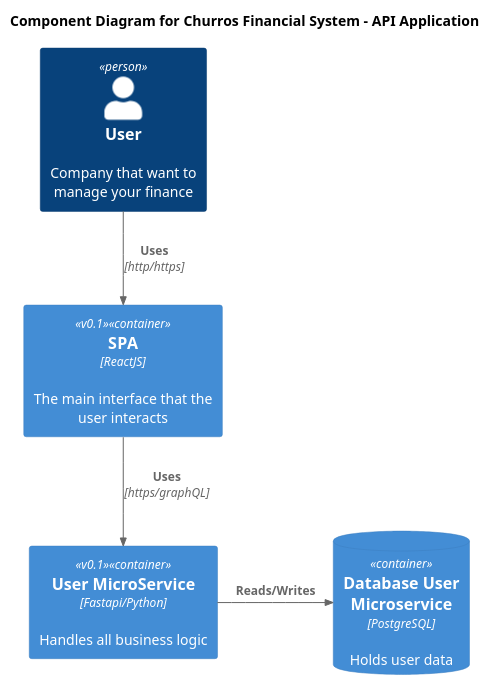
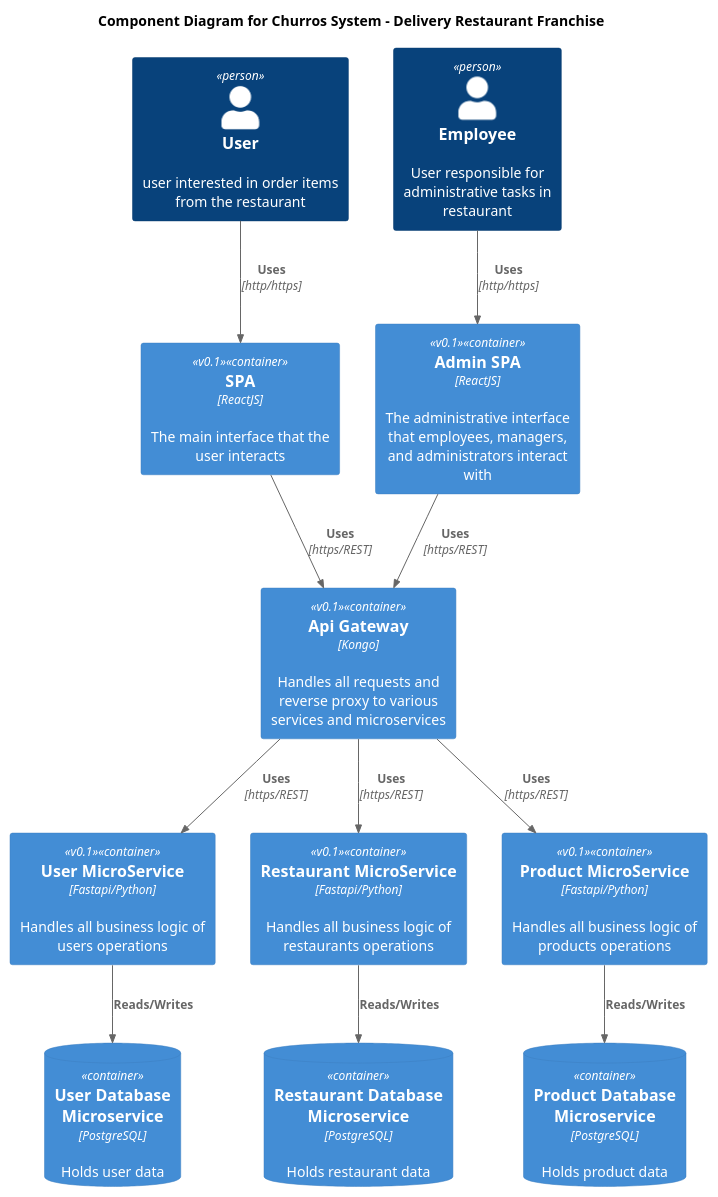
One commit to gustavovalle23/churros-microservices-fastapi changed the diagram in docs/context.puml. Above: the diagram before and after it, drawn with PlantUML.

Commit message:
docs :books: updating docs

```diff
--- a/docs/context.puml
+++ b/docs/context.puml
@@ -1,15 +1,37 @@
 @startuml Context
 !include https://raw.githubusercontent.com/plantuml-stdlib/C4-PlantUML/master/C4_Component.puml
 
-title Component Diagram for Churros Financial System - API Application
+title Component Diagram for Churros System - Delivery Restaurant Franchise
 
-Person(user, "User", "Company that want to manage your finance")
+Person(user, "User", "user interested in order items from the restaurant")
+Person(employee, "Employee", "User responsible for administrative tasks in restaurant")
+
 Container(spa, "SPA", "ReactJS", "The main interface that the user interacts", $tags="v0.1")
-Container(apiUserMicroservice, "User MicroService", "Fastapi/Python", "Handles all business logic", $tags="v0.1")
-ContainerDb(dbUserMicroservice, "Database User Microservice", "PostgreSQL", "Holds user data")
+Container(adminSpa, "Admin SPA", "ReactJS", "The administrative interface that employees, managers, and administrators interact with", $tags="v0.1")
+
+Container(userMicroservice, "User MicroService", "Fastapi/Python", "Handles all business logic of users operations", $tags="v0.1")
+Container(restaurantMicroservice, "Restaurant MicroService", "Fastapi/Python", "Handles all business logic of restaurants operations", $tags="v0.1")
+Container(productMicroservice, "Product MicroService", "Fastapi/Python", "Handles all business logic of products operations", $tags="v0.1")
+
+Container(apiGateway, "Api Gateway", "Kongo", "Handles all requests and reverse proxy to various services and microservices", $tags="v0.1")
+
+ContainerDb(dbUserMicroservice, "User Database Microservice", "PostgreSQL", "Holds user data")
+ContainerDb(dbRestaurantMicroservice, "Restaurant Database Microservice", "PostgreSQL", "Holds restaurant data")
+ContainerDb(dbProductMicroservice, "Product Database Microservice", "PostgreSQL", "Holds product data")
+
 
 Rel(user, spa, "Uses", "http/https")
-Rel(spa, apiUserMicroservice, "Uses", "https/graphQL")
-Rel_R(apiUserMicroservice, dbUserMicroservice, "Reads/Writes")
+Rel(employee, adminSpa, "Uses", "http/https")
+
+Rel(spa, apiGateway, "Uses", "https/REST")
+Rel(adminSpa, apiGateway, "Uses", "https/REST")
+
+Rel(apiGateway, userMicroservice, "Uses", "https/REST")
+Rel(apiGateway, restaurantMicroservice, "Uses", "https/REST")
+Rel(apiGateway, productMicroservice, "Uses", "https/REST")
+
+Rel(userMicroservice, dbUserMicroservice, "Reads/Writes")
+Rel(restaurantMicroservice, dbRestaurantMicroservice, "Reads/Writes")
+Rel(productMicroservice, dbProductMicroservice, "Reads/Writes")
 
 @enduml
```
